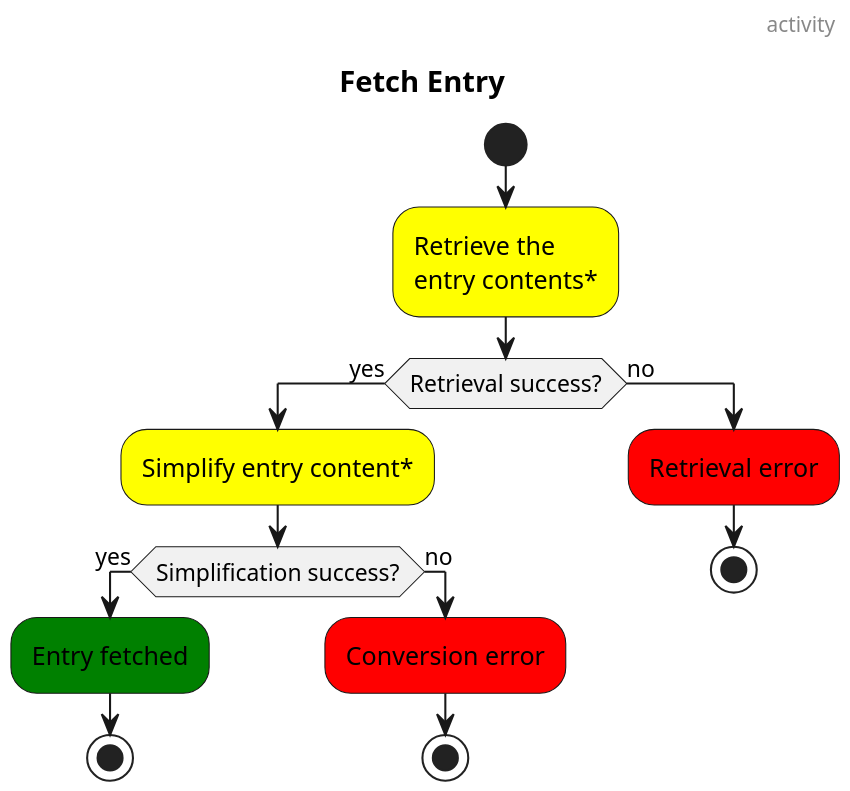
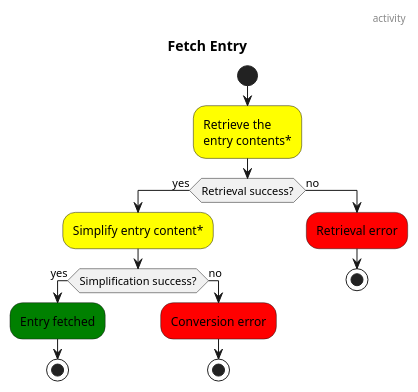
Before and after one commit to xomiachuna/wallabago: the diagram in docs/diagrams/fetch-entry.activity.puml, drawn with PlantUML. The commit also changed 7 other files, not shown here.

Commit message:
docs: Make diagrams smaller

```diff
--- a/docs/diagrams/fetch-entry.activity.puml
+++ b/docs/diagrams/fetch-entry.activity.puml
@@ -1,22 +1,21 @@
 @startuml fetch-entry-activity
-skinparam dpi 200
 header activity
 title Fetch Entry
 
 start
 #yellow:Retrieve the
 entry contents*;
 if (Retrieval success?) then (yes)
     #yellow:Simplify entry content*;
     if (Simplification success?) then (yes)
         #green:Entry fetched;
         stop
     else (no)
         #red:Conversion error;
         stop
     endif
 else (no)
     #red:Retrieval error;
     stop
 endif
 @enduml
```
